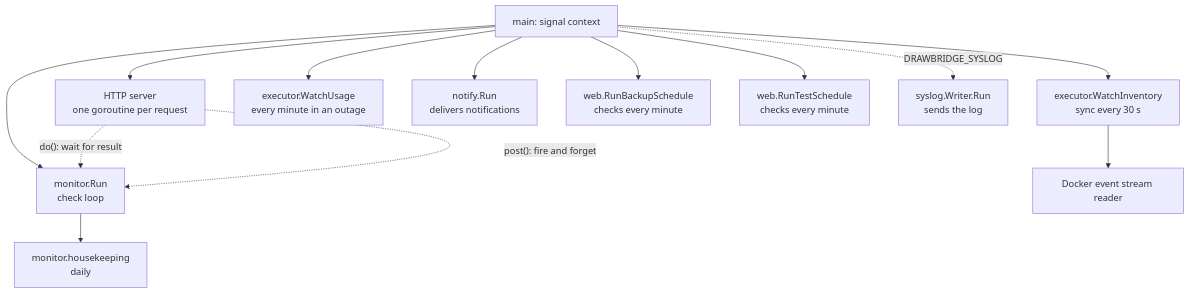
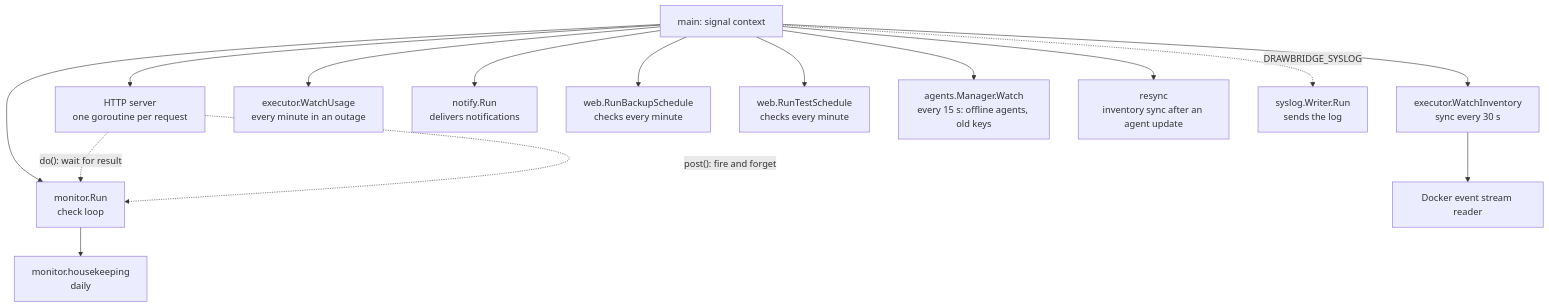
One commit to zjcochran/wan-drawbridge changed the second of 3 diagrams in docs/technical/architecture.md. Above: the diagram before and after it, drawn with Mermaid. The commit also changed other lines of this file and 62 other files, not shown here.

Commit message:
Add agents: other Docker hosts that connect to the manager

````diff
--- a/docs/technical/architecture.md
+++ b/docs/technical/architecture.md
@@ -79,15 +90,17 @@
 ```mermaid
 flowchart TB
     main[main: signal context] --> http[HTTP server<br/>one goroutine per request]
     main --> loop[monitor.Run<br/>check loop]
     main --> inv[executor.WatchInventory<br/>sync every 30 s]
     inv --> ev[Docker event stream reader]
     main --> use[executor.WatchUsage<br/>every minute in an outage]
     loop --> hk[monitor.housekeeping<br/>daily]
     main --> nt[notify.Run<br/>delivers notifications]
     main --> bs[web.RunBackupSchedule<br/>checks every minute]
     main --> ts[web.RunTestSchedule<br/>checks every minute]
+    main --> aw[agents.Manager.Watch<br/>every 15 s: offline agents, old keys]
+    main --> rs[resync<br/>inventory sync after an agent update]
     main -. DRAWBRIDGE_SYSLOG .-> sl[syslog.Writer.Run<br/>sends the log]
     http -. "do(): wait for result" .-> loop
     http -. "post(): fire and forget" .-> loop
 ```
````
